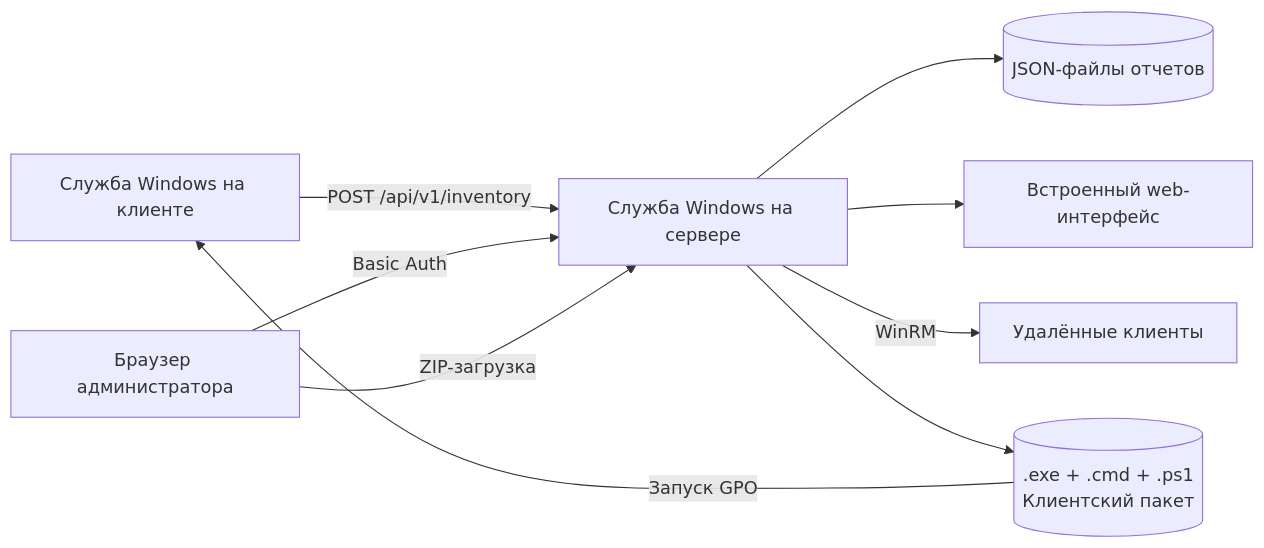
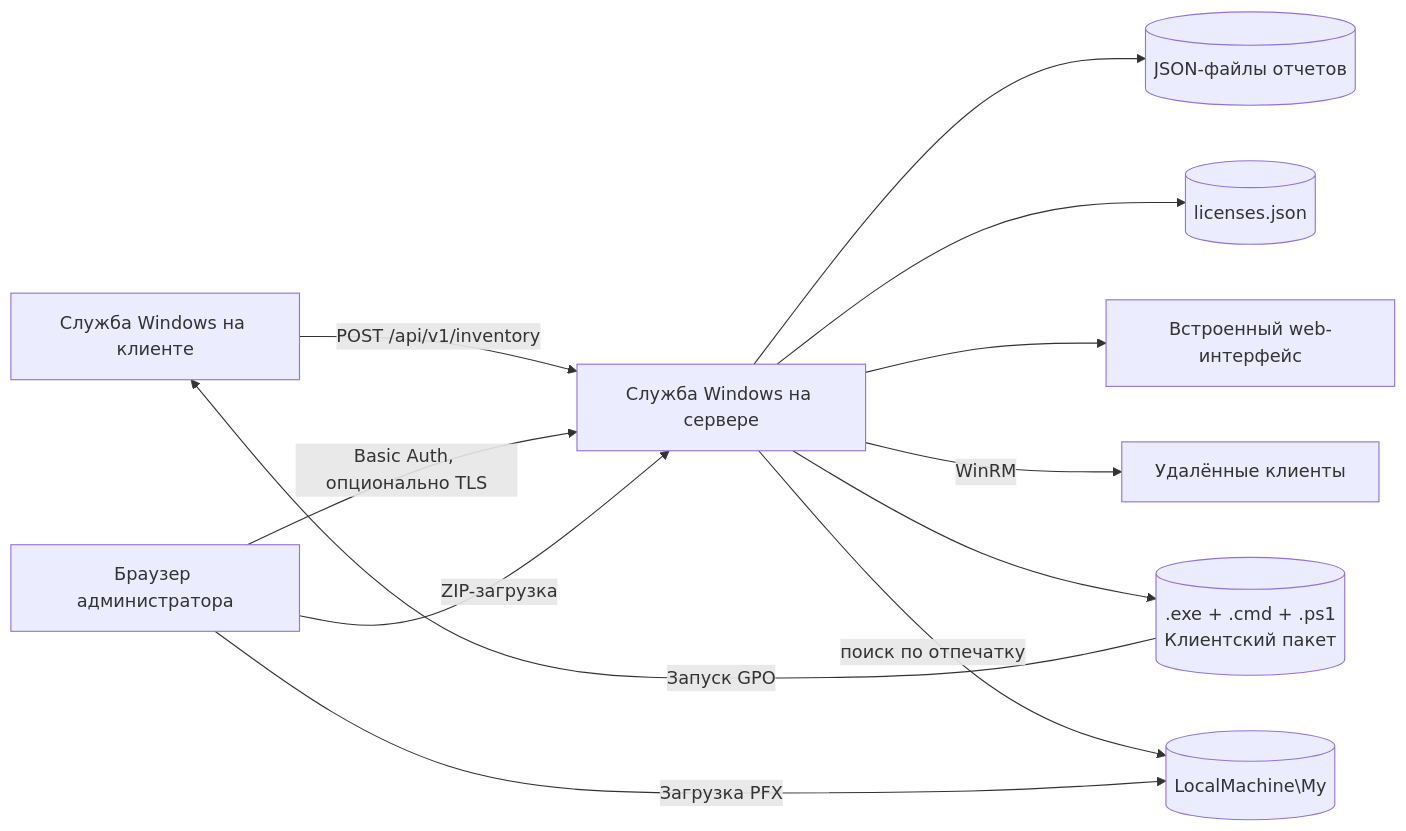
Before and after one commit to didimozg/windows-inventory-lite: the diagram in README_RU.md, drawn with Mermaid. The commit also changed other lines of this file and 17 other files, not shown here.

````diff
--- a/README_RU.md
+++ b/README_RU.md
@@ -34,11 +40,14 @@
 ```mermaid
 flowchart LR
     Client[Служба Windows на клиенте] -->|POST /api/v1/inventory| Server[Служба Windows на сервере]
     Server --> Store[(JSON-файлы отчетов)]
-    Browser[Браузер администратора] -->|Basic Auth| Server
+    Server --> Licenses[(licenses.json)]
+    Browser[Браузер администратора] -->|Basic Auth, опционально TLS| Server
     Server --> Dashboard[Встроенный web-интерфейс]
     Server -->|WinRM| Targets[Удалённые клиенты]
     Package[(.exe + .cmd + .ps1\nКлиентский пакет)] -->|Запуск GPO| Client
     Server --> Package
     Browser -->|ZIP-загрузка| Server
+    Server -->|поиск по отпечатку| CertStore[(LocalMachine\My)]
+    Browser -->|Загрузка PFX| CertStore
 ```
````
